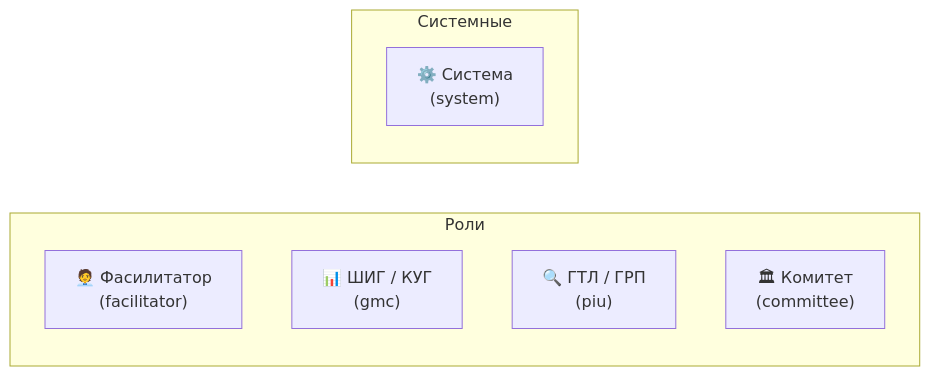
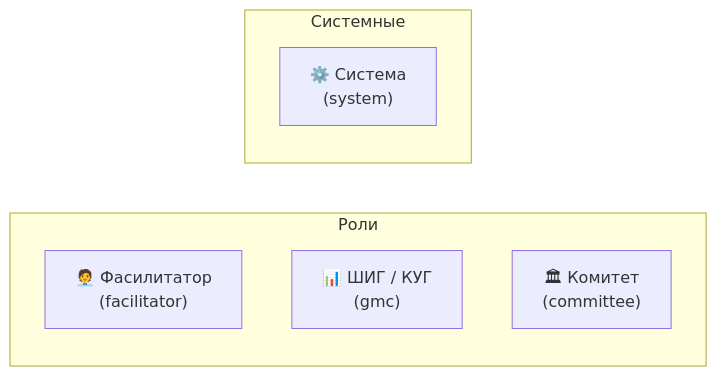
The first of 5 diagrams in docs/ACCESS-CONTROL.md (firka-kh/eip-test), drawn with Mermaid before and after one commit. The commit also changed other lines of this file and 51 other files, not shown here.

````diff
--- a/docs/ACCESS-CONTROL.md
+++ b/docs/ACCESS-CONTROL.md
@@ -14,13 +14,12 @@
 ```mermaid
 graph LR
     subgraph "Роли"
         F["🧑‍💼 Фасилитатор<br/>(facilitator)"]
         G["📊 ШИГ / КУГ<br/>(gmc)"]
-        P["🔍 ГТЛ / ГРП<br/>(piu)"]
         C["🏛 Комитет<br/>(committee)"]
     end
 
     subgraph "Системные"
         S["⚙️ Система<br/>(system)"]
     end
 ```
````
